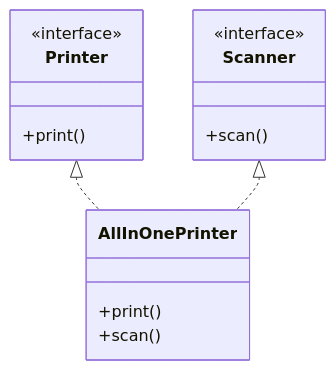
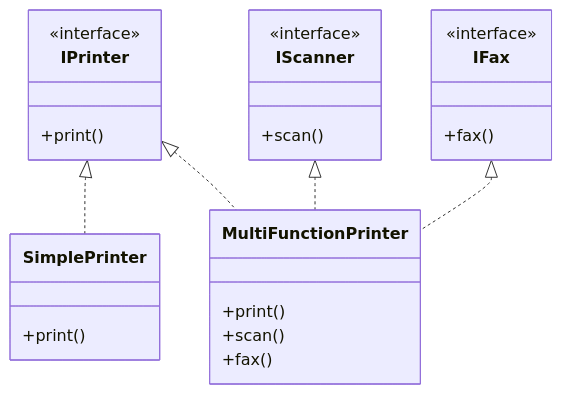
Before and after one commit to Ankitsinghsisodya/Low-level-design: the sixth of 26 diagrams in README.md, drawn with Mermaid. The commit also changed other lines of this file, not shown here.

````diff
--- a/README.md
+++ b/README.md
@@ -123,17 +252,27 @@
 ```mermaid
 classDiagram
-    class Printer {
+    class IPrinter {
         <<interface>>
         +print()
     }
-    class Scanner {
+    class IScanner {
         <<interface>>
         +scan()
     }
-    class AllInOnePrinter {
+    class IFax {
+        <<interface>>
+        +fax()
+    }
+    class SimplePrinter {
+        +print()
+    }
+    class MultiFunctionPrinter {
         +print()
         +scan()
+        +fax()
     }
-    Printer <|.. AllInOnePrinter
-    Scanner <|.. AllInOnePrinter
+    IPrinter <|.. SimplePrinter
+    IPrinter <|.. MultiFunctionPrinter
+    IScanner <|.. MultiFunctionPrinter
+    IFax <|.. MultiFunctionPrinter
 ```
````
